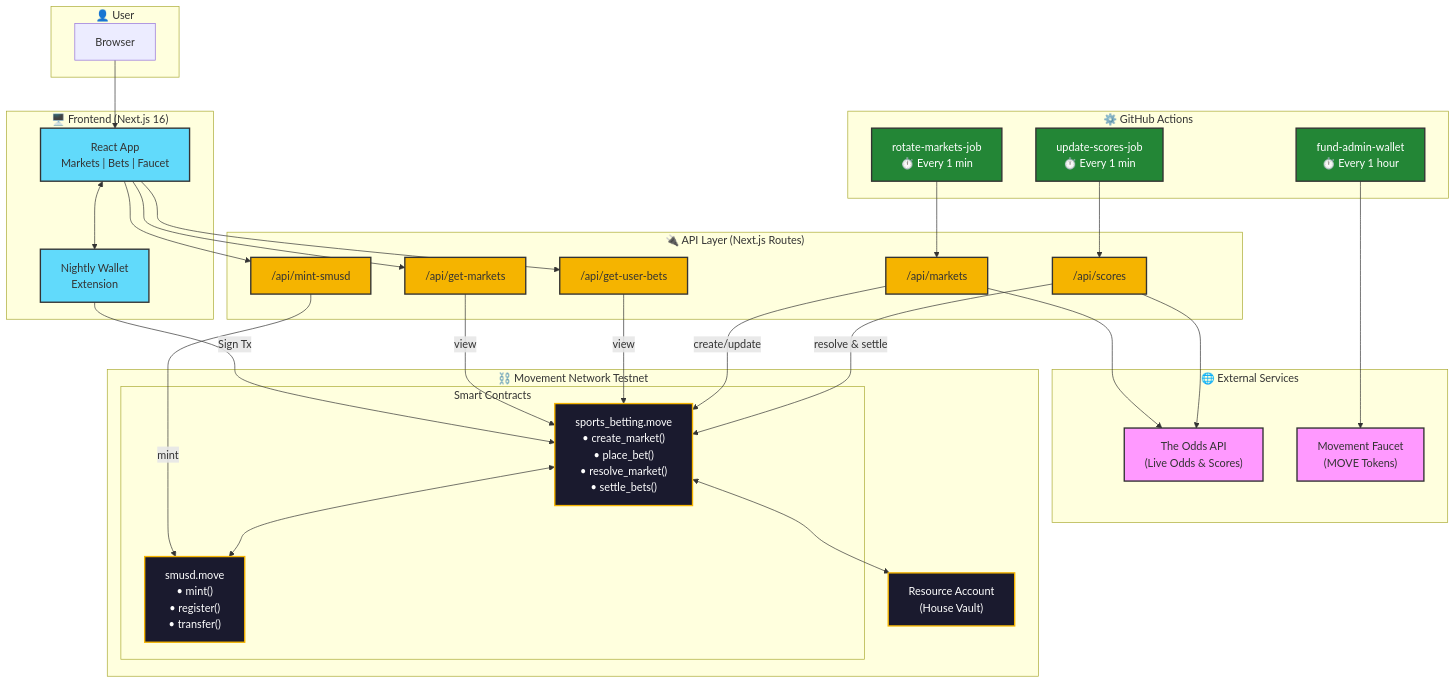
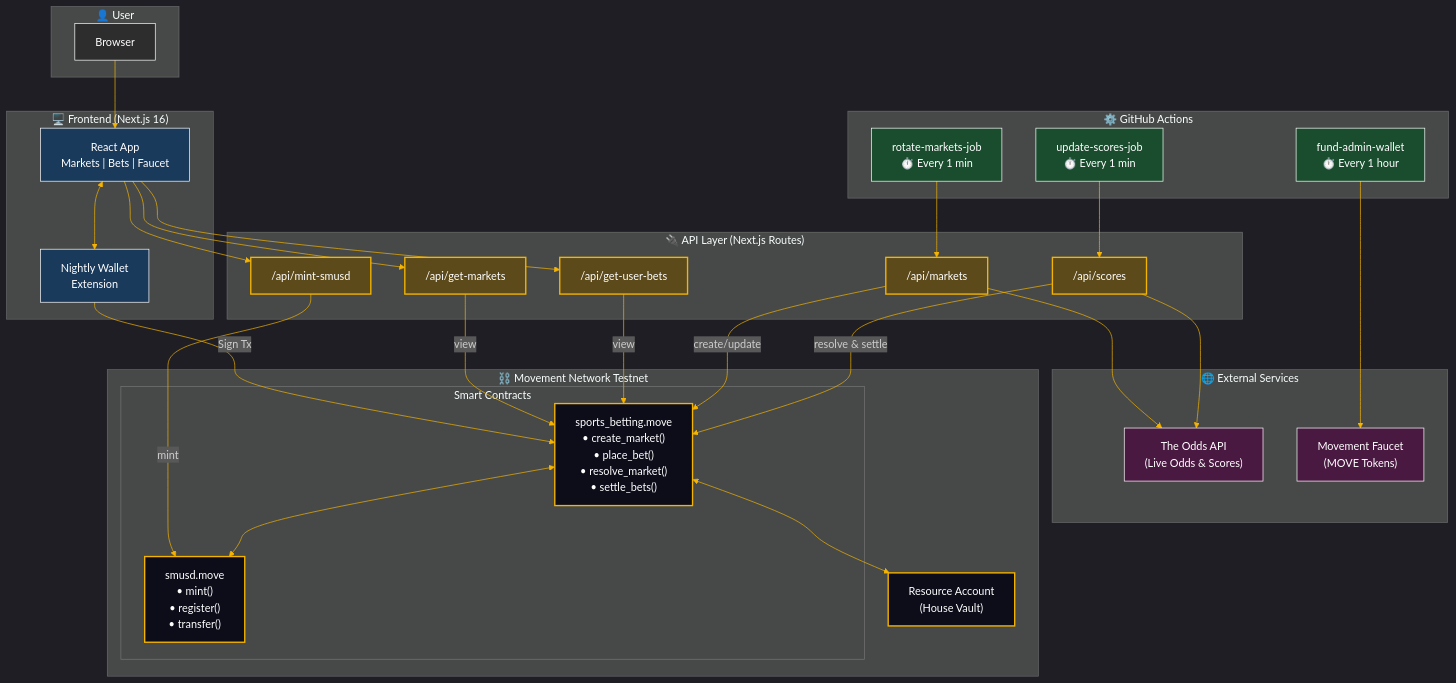
One commit to lunarlaunchlabs/sports-move changed the diagram in README.md. Above: the diagram before and after it, drawn with Mermaid.

Commit message:
docs: update Mermaid diagram with dark theme styling
- Add dark theme initialization
- Use dark colored boxes with white text
- Match Sports Move app color scheme (black/gold/white)

````diff
--- a/README.md
+++ b/README.md
@@ -83,77 +83,80 @@
 ```mermaid
+%%{init: {'theme': 'dark', 'themeVariables': { 'primaryColor': '#1a1a2e', 'primaryTextColor': '#fff', 'primaryBorderColor': '#f5b400', 'lineColor': '#f5b400', 'secondaryColor': '#0d0d1a', 'tertiaryColor': '#2d2d2d'}}}%%
 flowchart TB
     subgraph USER["👤 User"]
         Browser["Browser"]
     end
 
     subgraph EXTERNAL["🌐 External Services"]
         OddsAPI["The Odds API<br/>(Live Odds & Scores)"]
         Faucet["Movement Faucet<br/>(MOVE Tokens)"]
     end
 
     subgraph GHA["⚙️ GitHub Actions"]
         MarketsJob["rotate-markets-job<br/>⏱️ Every 1 min"]
         ScoresJob["update-scores-job<br/>⏱️ Every 1 min"]
         FundJob["fund-admin-wallet<br/>⏱️ Every 1 hour"]
     end
 
     subgraph FRONTEND["🖥️ Frontend (Next.js 16)"]
         UI["React App<br/>Markets | Bets | Faucet"]
         Wallet["Nightly Wallet<br/>Extension"]
     end
 
     subgraph API["🔌 API Layer (Next.js Routes)"]
         GetMarkets["/api/get-markets"]
         GetBets["/api/get-user-bets"]
         MintAPI["/api/mint-smusd"]
         MarketsAPI["/api/markets"]
         ScoresAPI["/api/scores"]
     end
 
     subgraph BLOCKCHAIN["⛓️ Movement Network Testnet"]
         subgraph CONTRACTS["Smart Contracts"]
             SMUSD["smusd.move<br/>• mint()<br/>• register()<br/>• transfer()"]
             Betting["sports_betting.move<br/>• create_market()<br/>• place_bet()<br/>• resolve_market()<br/>• settle_bets()"]
         end
         Vault["Resource Account<br/>(House Vault)"]
     end
 
     %% User flows
     Browser --> UI
     UI <--> Wallet
     Wallet -->|"Sign Tx"| Betting
     UI --> GetMarkets
     UI --> GetBets
     UI --> MintAPI
 
     %% API to Blockchain
     GetMarkets -->|"view"| Betting
     GetBets -->|"view"| Betting
     MintAPI -->|"mint"| SMUSD
     MarketsAPI -->|"create/update"| Betting
     ScoresAPI -->|"resolve & settle"| Betting
 
     %% GitHub Actions flows
     MarketsJob --> MarketsAPI
     ScoresJob --> ScoresAPI
     FundJob --> Faucet
     MarketsAPI --> OddsAPI
     ScoresAPI --> OddsAPI
 
     %% Contract relationships
     Betting <--> SMUSD
     Betting <--> Vault
 
-    %% Styling
-    classDef external fill:#f9f,stroke:#333,stroke-width:2px
-    classDef gha fill:#238636,stroke:#333,stroke-width:2px,color:#fff
-    classDef frontend fill:#61dafb,stroke:#333,stroke-width:2px
-    classDef api fill:#f5b400,stroke:#333,stroke-width:2px
-    classDef blockchain fill:#1a1a2e,stroke:#f5b400,stroke-width:2px,color:#fff
+    %% Styling - Dark theme with white text
+    classDef external fill:#4a1942,stroke:#fff,stroke-width:1px,color:#fff
+    classDef gha fill:#1a4d2e,stroke:#fff,stroke-width:1px,color:#fff
+    classDef frontend fill:#1a3a5c,stroke:#fff,stroke-width:1px,color:#fff
+    classDef api fill:#5c4a1a,stroke:#f5b400,stroke-width:2px,color:#fff
+    classDef blockchain fill:#0d0d1a,stroke:#f5b400,stroke-width:2px,color:#fff
+    classDef user fill:#2d2d2d,stroke:#fff,stroke-width:1px,color:#fff
 
     class OddsAPI,Faucet external
     class MarketsJob,ScoresJob,FundJob gha
     class UI,Wallet frontend
     class GetMarkets,GetBets,MintAPI,MarketsAPI,ScoresAPI api
     class SMUSD,Betting,Vault blockchain
+    class Browser user
 ```
````
